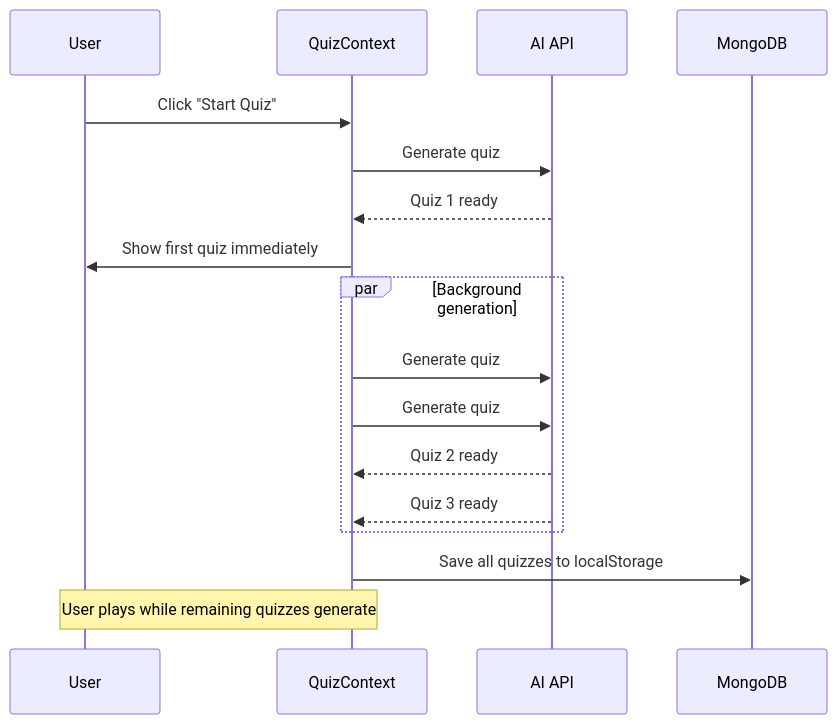
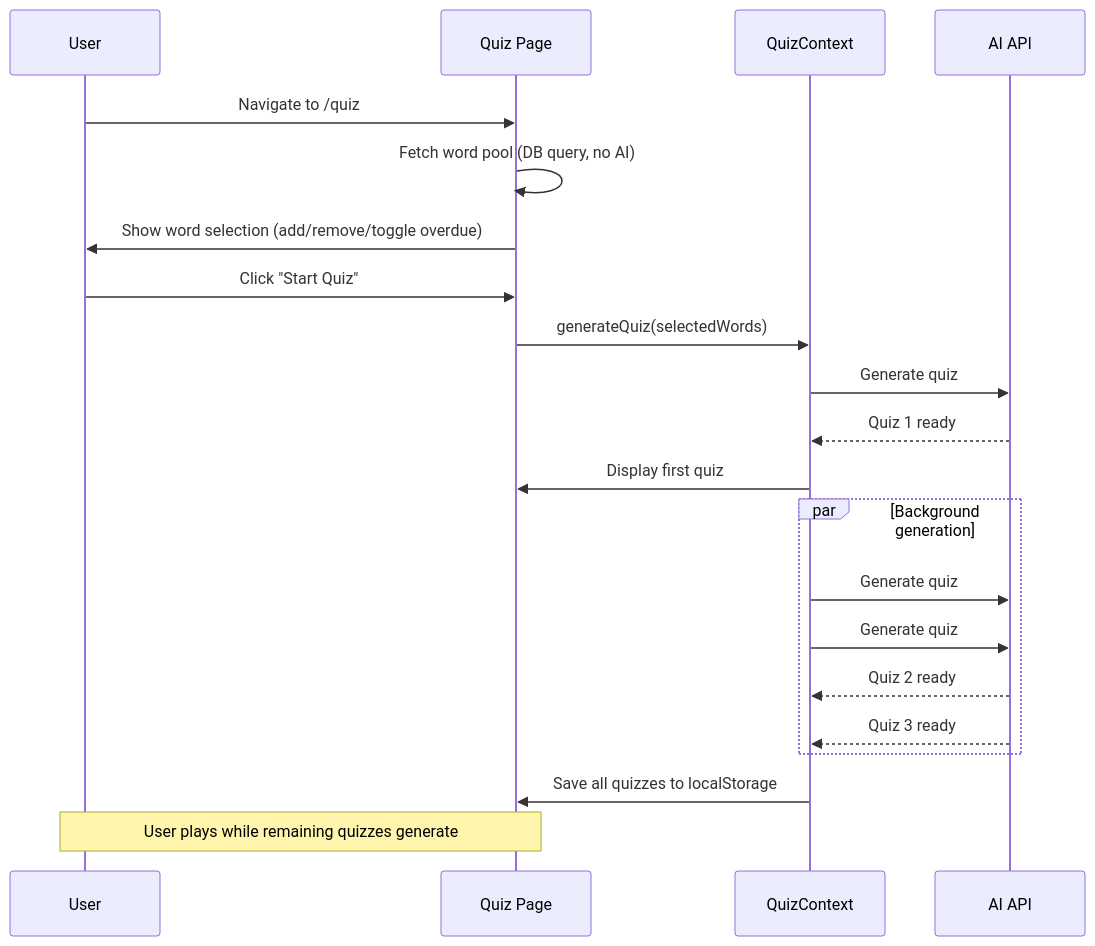
Before and after one commit to gabrielmoris/lexiconx: the second of 3 diagrams in README.md, drawn with Mermaid. The commit also changed other lines of this file, not shown here.

Commit message:
docs: update README with quiz word selection flow, memory hooks flow, simplified project structure

````diff
--- a/README.md
+++ b/README.md
@@ -77,20 +79,24 @@
 ```mermaid
 sequenceDiagram
-participant U as User
-participant Q as QuizContext
-participant AI as AI API
-participant DB as MongoDB
+	participant U as User
+	participant QP as Quiz Page
+	participant Q as QuizContext
+	participant AI as AI API
 
-U->>Q: Click "Start Quiz"
-Q->>AI: Generate quiz #1
-AI-->>Q: Quiz 1 ready
-Q->>U: Show first quiz immediately
-par Background generation
-Q->>AI: Generate quiz #2
-Q->>AI: Generate quiz #3
-AI-->>Q: Quiz 2 ready
-AI-->>Q: Quiz 3 ready
-end
-Q->>DB: Save all quizzes to localStorage
-Note over U,Q: User plays while remaining quizzes generate
+	U->>QP: Navigate to /quiz
+	QP->>QP: Fetch word pool (DB query, no AI)
+	QP->>U: Show word selection (add/remove/toggle overdue)
+	U->>QP: Click "Start Quiz"
+	QP->>Q: generateQuiz(selectedWords)
+	Q->>AI: Generate quiz #1 with selected words
+	AI-->>Q: Quiz 1 ready
+	Q->>QP: Display first quiz
+	par Background generation
+	Q->>AI: Generate quiz #2
+	Q->>AI: Generate quiz #3
+	AI-->>Q: Quiz 2 ready
+	AI-->>Q: Quiz 3 ready
+	end
+	Q->>QP: Save all quizzes to localStorage
+	Note over U,QP: User plays while remaining quizzes generate
 ```
````
